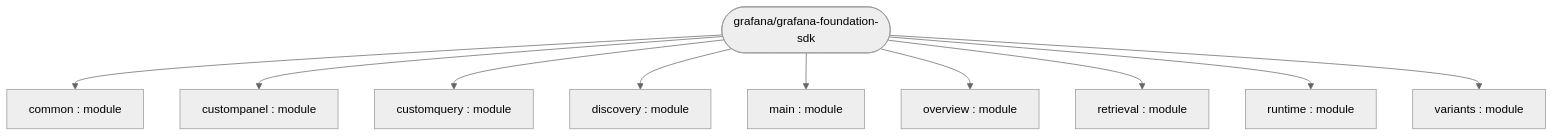
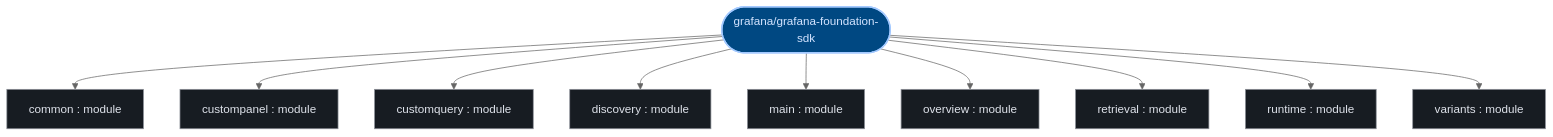
One commit to kumarshaz/atruss-code-atlas changed the first of 3 diagrams in exports/latest/reports/grafana-grafana-foundation-sdk-report.md. Above: the diagram before and after it, drawn with Mermaid (neutral theme). The commit also changed other lines of this file and 331 other files, not shown here.

Commit message:
docs,ui,fix: update SDLC docs, reorder CI/CD DAG first, stylize Mermaid, and fix Arc42 pipeline topology

````diff
--- a/exports/latest/reports/grafana-grafana-foundation-sdk-report.md
+++ b/exports/latest/reports/grafana-grafana-foundation-sdk-report.md
@@ -42,22 +42,29 @@
 ```mermaid
 graph TD;
-    runtime["runtime : module"]
-    variants["variants : module"]
-    main["main : module"]
-    custompanel["custompanel : module"]
-    customquery["customquery : module"]
-    common["common : module"]
-    discovery["discovery : module"]
-    overview["overview : module"]
-    retrieval["retrieval : module"]
-    repo_root(["grafana/grafana-foundation-sdk"])
+  classDef atlasRoot fill:#004882,stroke:#a3c9ff,stroke-width:2px,color:#d3e4ff
+  classDef atlasCategory fill:#212428,stroke:#E87A48,stroke-width:1.5px,color:#dfe3eb
+  classDef atlasWorkflow fill:#1b2026,stroke:#a3c9ff,stroke-width:1.5px,color:#dfe3eb
+  classDef atlasJob fill:#171c22,stroke:#8d9199,stroke-width:1px,color:#dfe3eb
+  classDef atlasTarget fill:#005227,stroke:#8bd99b,stroke-width:1.5px,color:#a7f6b6
+  classDef atlasAlert fill:#93000a,stroke:#ffb4ab,stroke-width:1.5px,color:#ffdad6
+  classDef atlasMore fill:#252a31,stroke:#8d9199,stroke-dasharray:4 4,color:#c3c6cf
+    runtime["runtime : module"]:::atlasJob
+    variants["variants : module"]:::atlasJob
+    main["main : module"]:::atlasJob
+    custompanel["custompanel : module"]:::atlasJob
+    customquery["customquery : module"]:::atlasJob
+    common["common : module"]:::atlasJob
+    discovery["discovery : module"]:::atlasJob
+    overview["overview : module"]:::atlasJob
+    retrieval["retrieval : module"]:::atlasJob
+    repo_root(["grafana/grafana-foundation-sdk"]):::atlasRoot
     repo_root --> common
     repo_root --> custompanel
     repo_root --> customquery
     repo_root --> discovery
     repo_root --> main
     repo_root --> overview
     repo_root --> retrieval
     repo_root --> runtime
     repo_root --> variants
 ```
````
